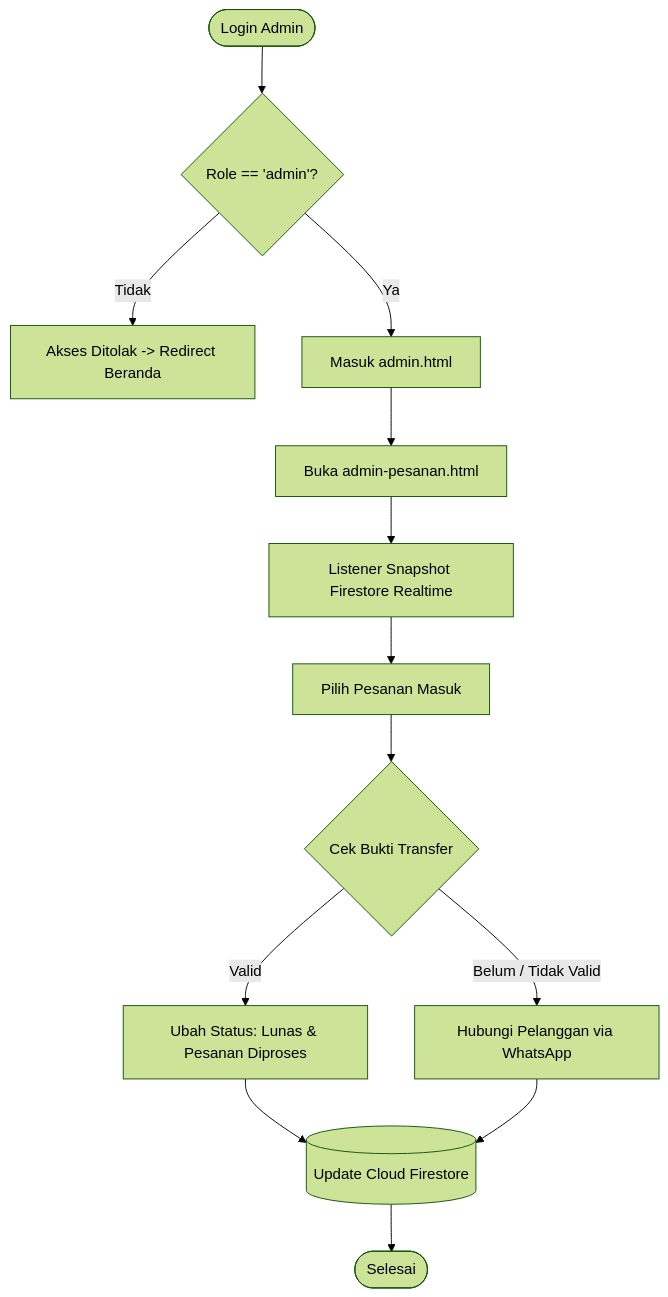
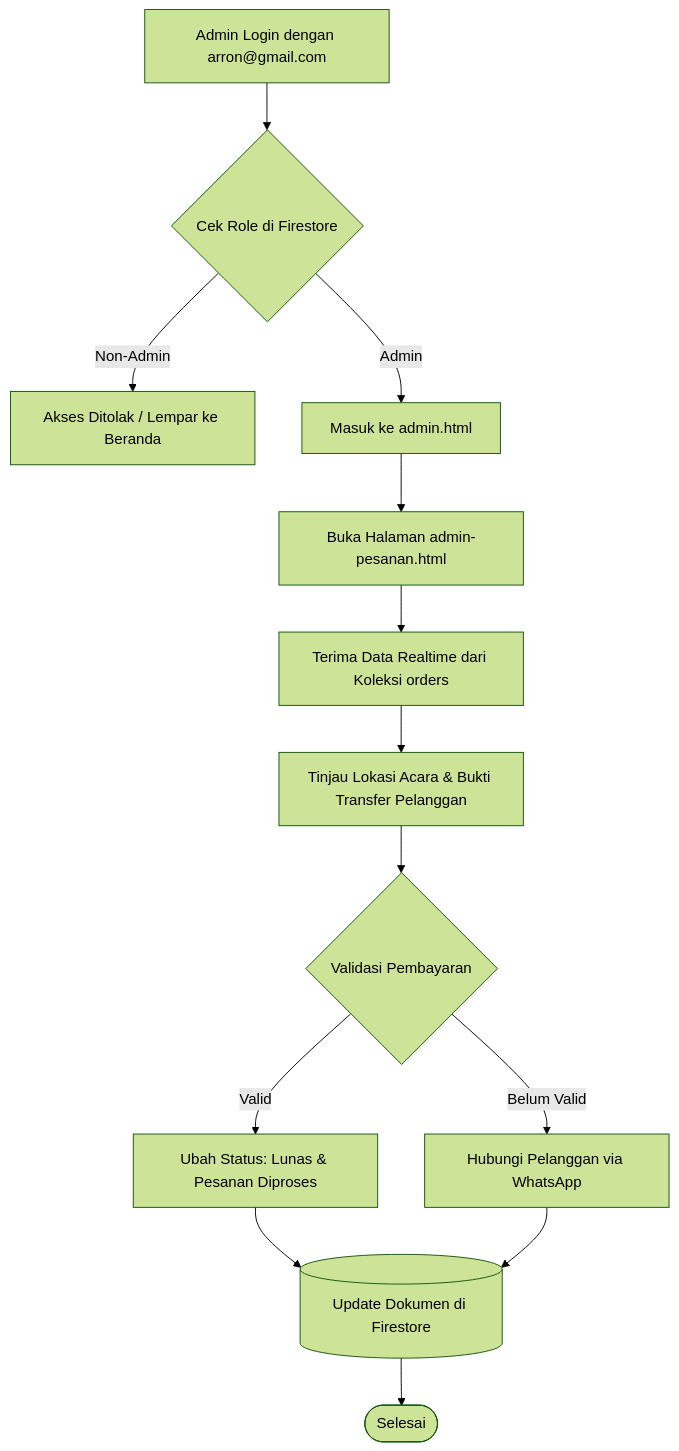
One commit to adriannicholasl/nadyacatering changed the third of 3 diagrams in readme.md. Above: the diagram before and after it, drawn with Mermaid (forest theme). The commit also changed other lines of this file, not shown here.

````diff
--- a/readme.md
+++ b/readme.md
@@ -203,18 +182,15 @@
 ```mermaid
 flowchart TD
-    AdminStart([Login Admin]) --> CheckRole{Role == 'admin'?}
-    CheckRole -- Tidak --> Reject[Akses Ditolak -> Redirect Beranda]
-    CheckRole -- Ya --> Dashboard[Masuk admin.html]
-    
-    Dashboard --> ViewOrders[Buka admin-pesanan.html]
-    ViewOrders --> ListenRealtime[Listener Snapshot Firestore Realtime]
-    ListenRealtime --> SelectOrder[Pilih Pesanan Masuk]
-    
-    SelectOrder --> CheckProof{Cek Bukti Transfer}
-    CheckProof -- Valid --> UpdatePaid[Ubah Status: Lunas & Pesanan Diproses]
-    CheckProof -- Belum / Tidak Valid --> ContactCustomer[Hubungi Pelanggan via WhatsApp]
-    
-    UpdatePaid --> UpdateFirestore[(Update Cloud Firestore)]
-    ContactCustomer --> UpdateFirestore
-    UpdateFirestore --> End([Selesai])
+    A[Admin Login dengan arron@gmail.com] --> B{Cek Role di Firestore}
+    B -- Non-Admin --> C[Akses Ditolak / Lempar ke Beranda]
+    B -- Admin --> D[Masuk ke admin.html]
+    D --> E[Buka Halaman admin-pesanan.html]
+    E --> F[Terima Data Realtime dari Koleksi orders]
+    F --> G[Tinjau Lokasi Acara & Bukti Transfer Pelanggan]
+    G --> H{Validasi Pembayaran}
+    H -- Valid --> I[Ubah Status: Lunas & Pesanan Diproses]
+    H -- Belum Valid --> J[Hubungi Pelanggan via WhatsApp]
+    I --> K[(Update Dokumen di Firestore)]
+    J --> K
+    K --> L([Selesai])
 ```
````
